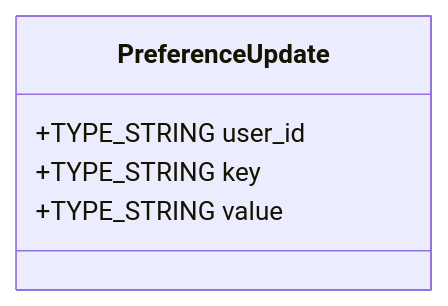
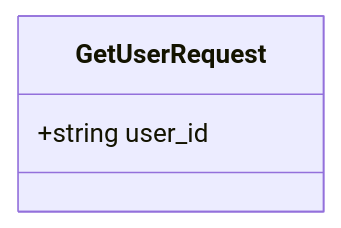
Diagram 44 of 47 in test-monorepo/docs/consolidated/UserService.md (kyivinua/root), drawn with Mermaid before and after one commit. The commit also changed other lines of this file and 5 other files, not shown here.

````diff
--- a/test-monorepo/docs/consolidated/UserService.md
+++ b/test-monorepo/docs/consolidated/UserService.md
@@ -1263,8 +2167,6 @@
 ```mermaid
 classDiagram
-    class PreferenceUpdate {
-        +TYPE_STRING user_id
-        +TYPE_STRING key
-        +TYPE_STRING value
+    class GetUserRequest {
+        +string user_id
     }
 ```
````
